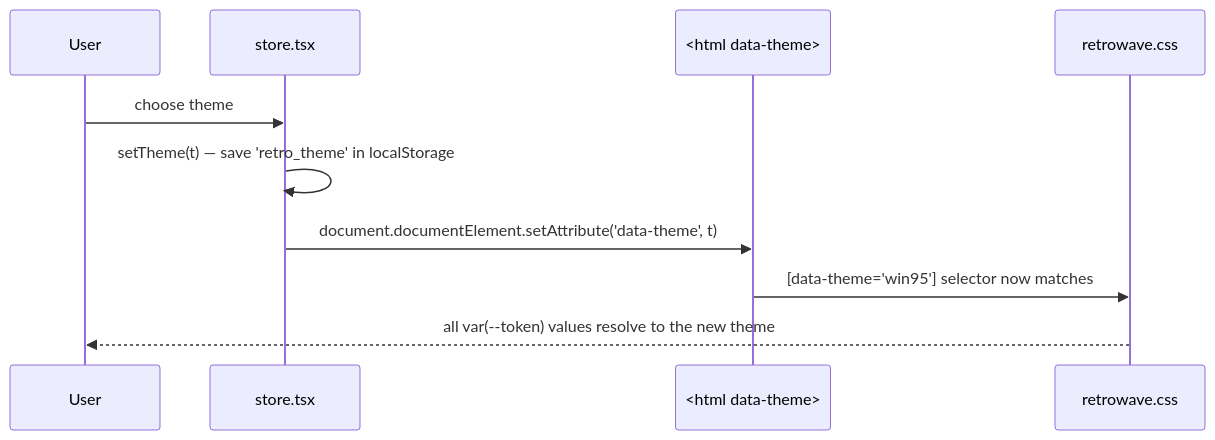
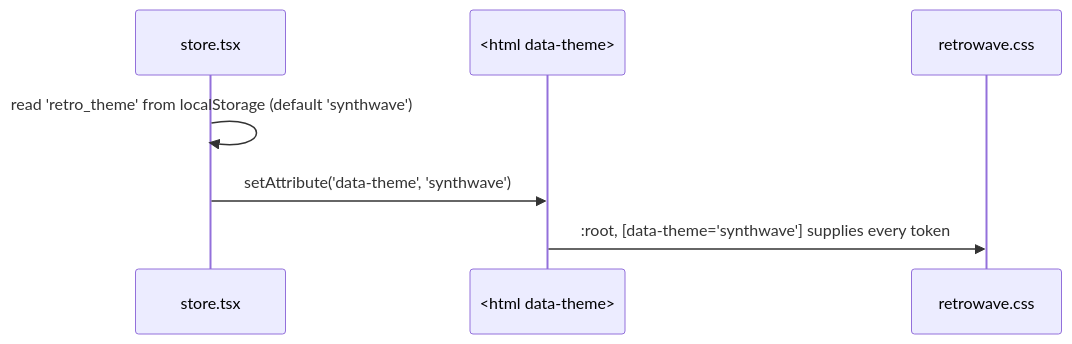
The diagram in docs/frontend/frontend-styles-system.md (J00ZzZ/ft_transcendence), drawn with Mermaid before and after one commit. The commit also changed other lines of this file and 53 other files, not shown here.

````diff
--- a/docs/frontend/frontend-styles-system.md
+++ b/docs/frontend/frontend-styles-system.md
@@ -79,13 +86,10 @@
 ```mermaid
 sequenceDiagram
-    participant User
     participant Store as store.tsx
     participant HTML as <html data-theme>
     participant CSS as retrowave.css
 
-    User->>Store: choose theme
-    Store->>Store: setTheme(t) — save 'retro_theme' in localStorage
-    Store->>HTML: document.documentElement.setAttribute('data-theme', t)
-    HTML->>CSS: [data-theme='win95'] selector now matches
-    CSS-->>User: all var(--token) values resolve to the new theme
+    Store->>Store: read 'retro_theme' from localStorage (default 'synthwave')
+    Store->>HTML: setAttribute('data-theme', 'synthwave')
+    HTML->>CSS: :root, [data-theme='synthwave'] supplies every token
 ```
````
